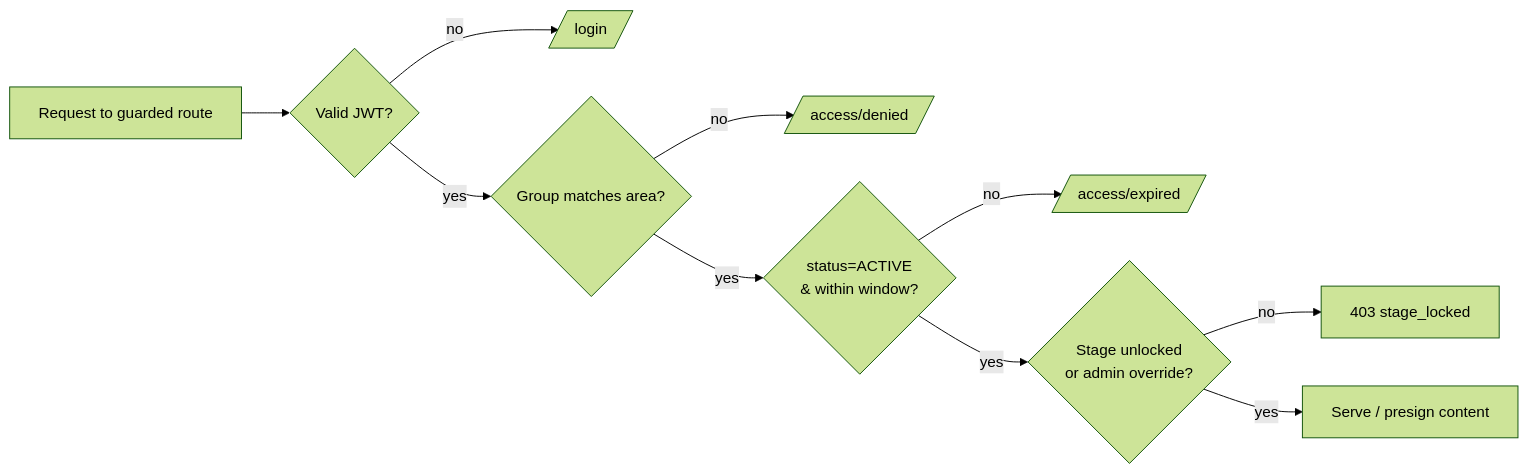
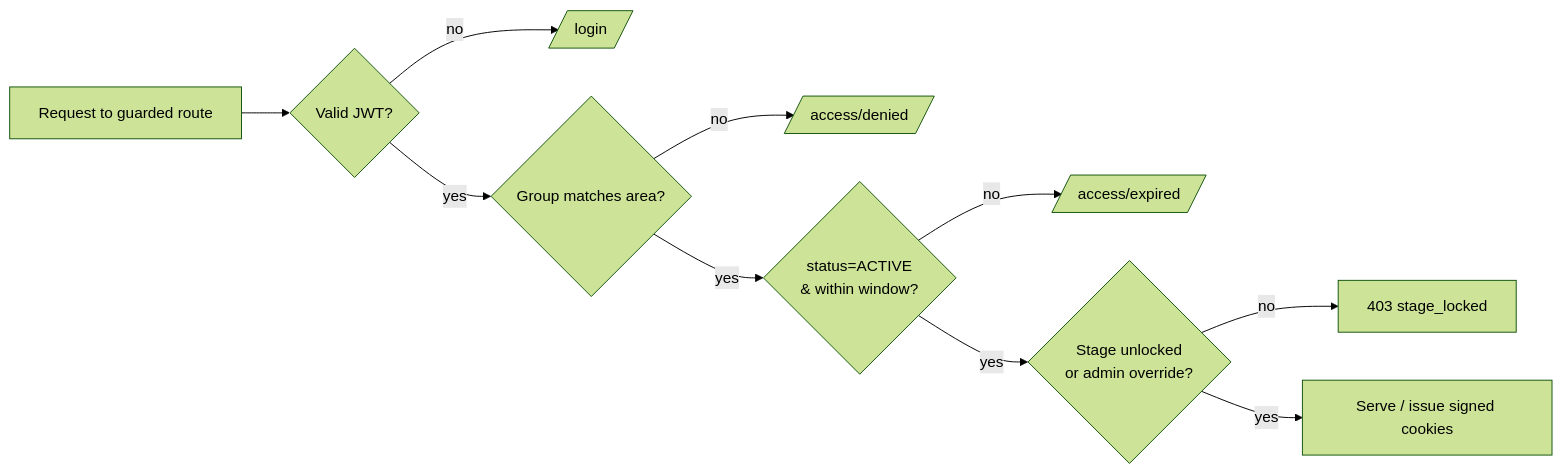
One commit to tccao/stem-career-path-ai-era changed the second of 3 diagrams in docs/Architecture-Design.md. Above: the diagram before and after it, drawn with Mermaid (forest theme). The commit also changed other lines of this file and 8 other files, not shown here.

Commit message:
docs: implement gated curriculum delivery via private S3 and CloudFront signed cookies, update architecture runbooks, and refine service trade-off documentation.

````diff
--- a/docs/Architecture-Design.md
+++ b/docs/Architecture-Design.md
@@ -304,12 +311,12 @@
 ```mermaid
 flowchart LR
     R[Request to guarded route] --> A{Valid JWT?}
     A -- no --> L[/login/]
     A -- yes --> G{Group matches area?}
     G -- no --> D[/access/denied/]
     G -- yes --> S{status=ACTIVE<br/>& within window?}
     S -- no --> E[/access/expired/]
     S -- yes --> Z{Stage unlocked<br/>or admin override?}
     Z -- no --> LK[403 stage_locked]
-    Z -- yes --> OK[Serve / presign content]
+    Z -- yes --> OK[Serve / issue signed cookies]
 ```
````
